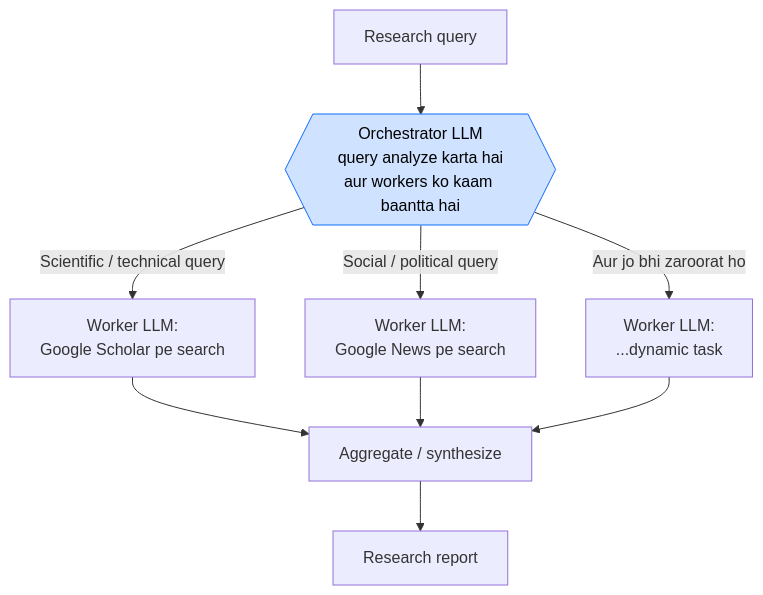
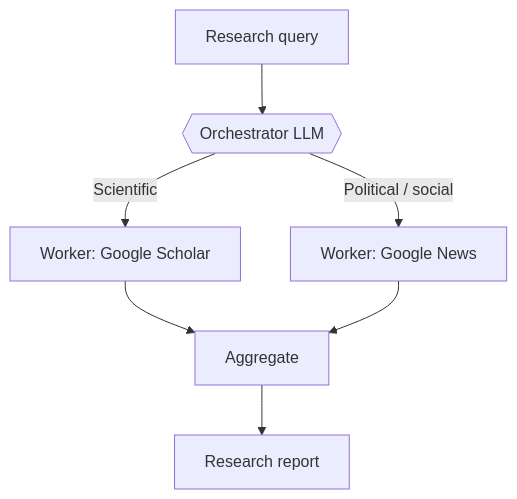
The seventh of 18 diagrams in V04-LangGraph core concepts/README.md (pallav2712/langGraph-campusx-notes), drawn with Mermaid before and after one commit. The commit also changed other lines of this file, not shown here.

Commit message:
v04 langGraph core concepts updated graphs and notes balanced

````diff
--- a/V04-LangGraph core concepts/README.md
+++ b/V04-LangGraph core concepts/README.md
@@ -182,12 +175,9 @@
 ```mermaid
 flowchart TD
-    Q["Research query"] --> O{{"Orchestrator LLM<br/>query analyze karta hai<br/>aur workers ko kaam baantta hai"}}
-    O -- "Scientific / technical query" --> W1["Worker LLM:<br/>Google Scholar pe search"]
-    O -- "Social / political query" --> W2["Worker LLM:<br/>Google News pe search"]
-    O -- "Aur jo bhi zaroorat ho" --> W3["Worker LLM:<br/>...dynamic task"]
-    W1 --> AG["Aggregate / synthesize"]
+    Q["Research query"] --> O{{"Orchestrator LLM"}}
+    O -- "Scientific" --> W1["Worker: Google Scholar"]
+    O -- "Political / social" --> W2["Worker: Google News"]
+    W1 --> AG["Aggregate"]
     W2 --> AG
-    W3 --> AG
-    AG --> REP["Research report"]
-    style O fill:#cfe2ff,stroke:#0d6efd,color:#000
+    AG --> R["Research report"]
 ```
````
